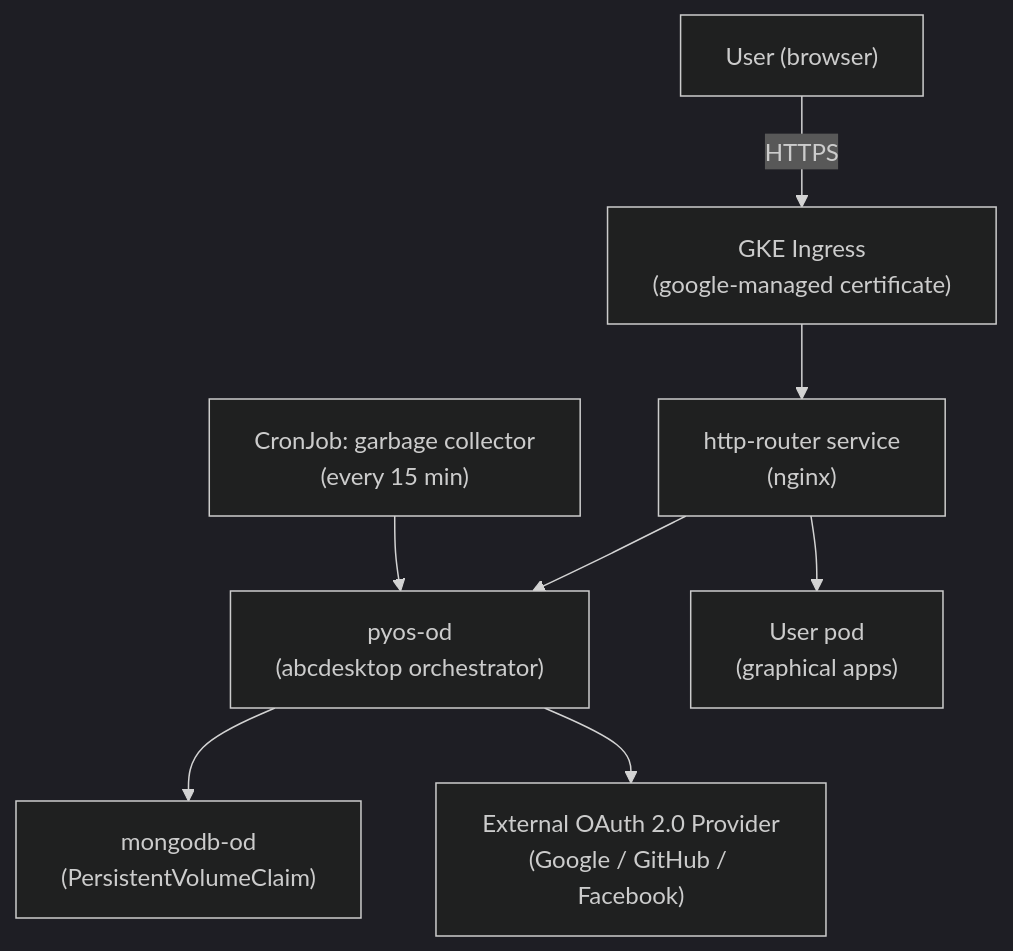
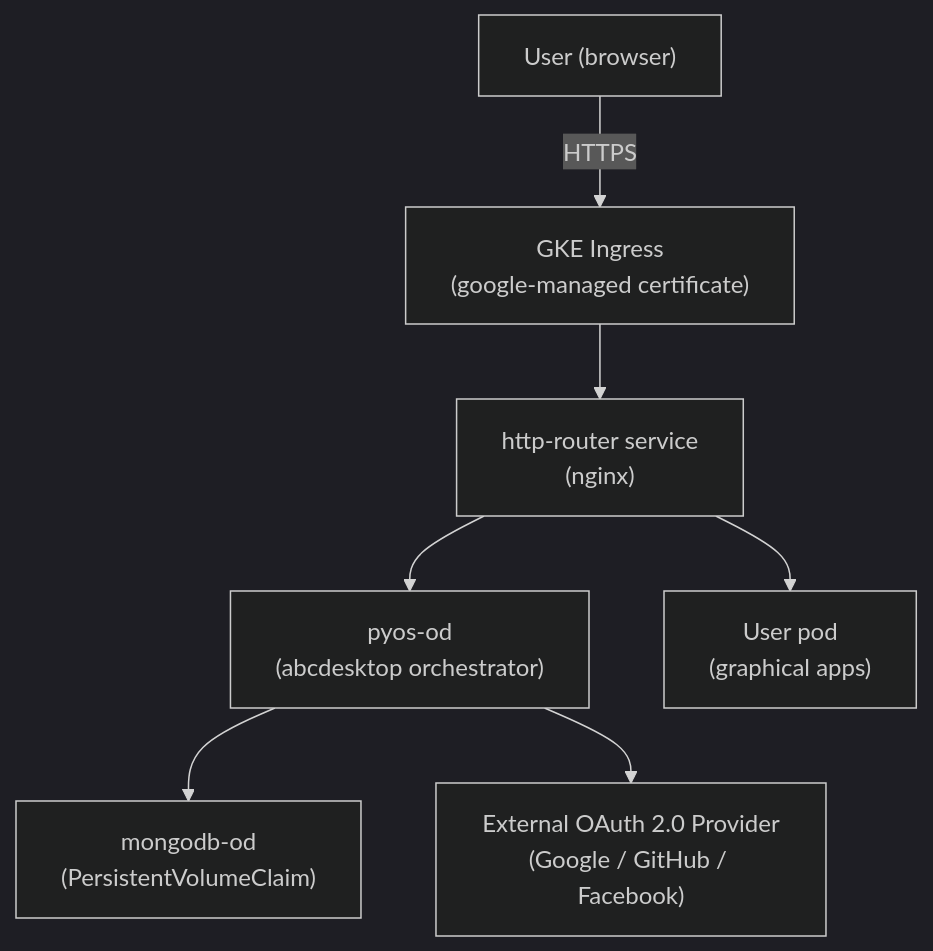
Before and after one commit to abcdesktopio/docs: the diagram in opsdocs/docs/usecases/4.4/deploy-demo-gcp-abcdesktop-com/overview.md, drawn with Mermaid (dark theme).

````diff
--- a/opsdocs/docs/usecases/4.4/deploy-demo-gcp-abcdesktop-com/overview.md
+++ b/opsdocs/docs/usecases/4.4/deploy-demo-gcp-abcdesktop-com/overview.md
@@ -17,10 +17,9 @@
 ```mermaid
 graph TD
     User["User (browser)"] -->|HTTPS| GKE_Ingress["GKE Ingress\n(google-managed certificate)"]
     GKE_Ingress --> Router["http-router service\n(nginx)"]
     Router --> PyOS["pyos-od\n(abcdesktop orchestrator)"]
     Router --> UserPod["User pod\n(graphical apps)"]
     PyOS --> MongoDB["mongodb-od\n(PersistentVolumeClaim)"]
-    CronJob["CronJob: garbage collector\n(every 15 min)"] --> PyOS
     PyOS --> OAuth["External OAuth 2.0 Provider\n(Google / GitHub / Facebook)"]
 ```
````
